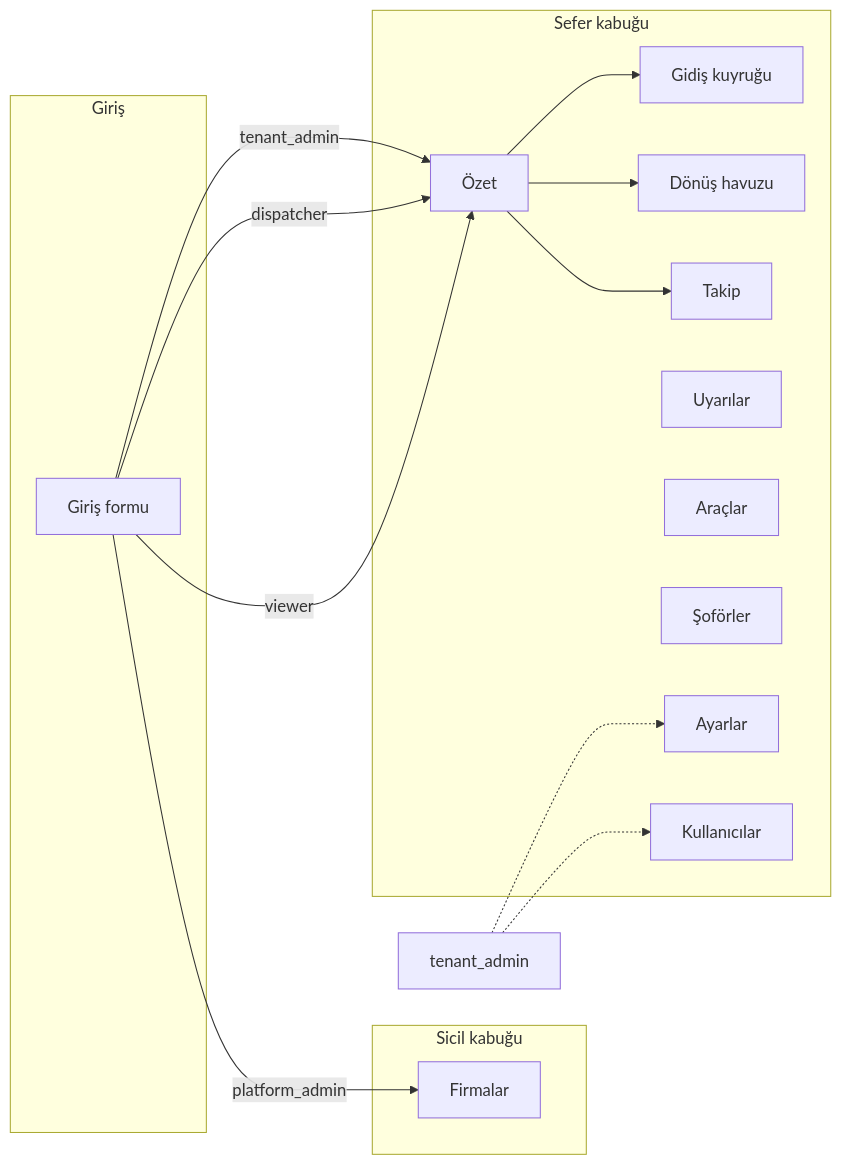
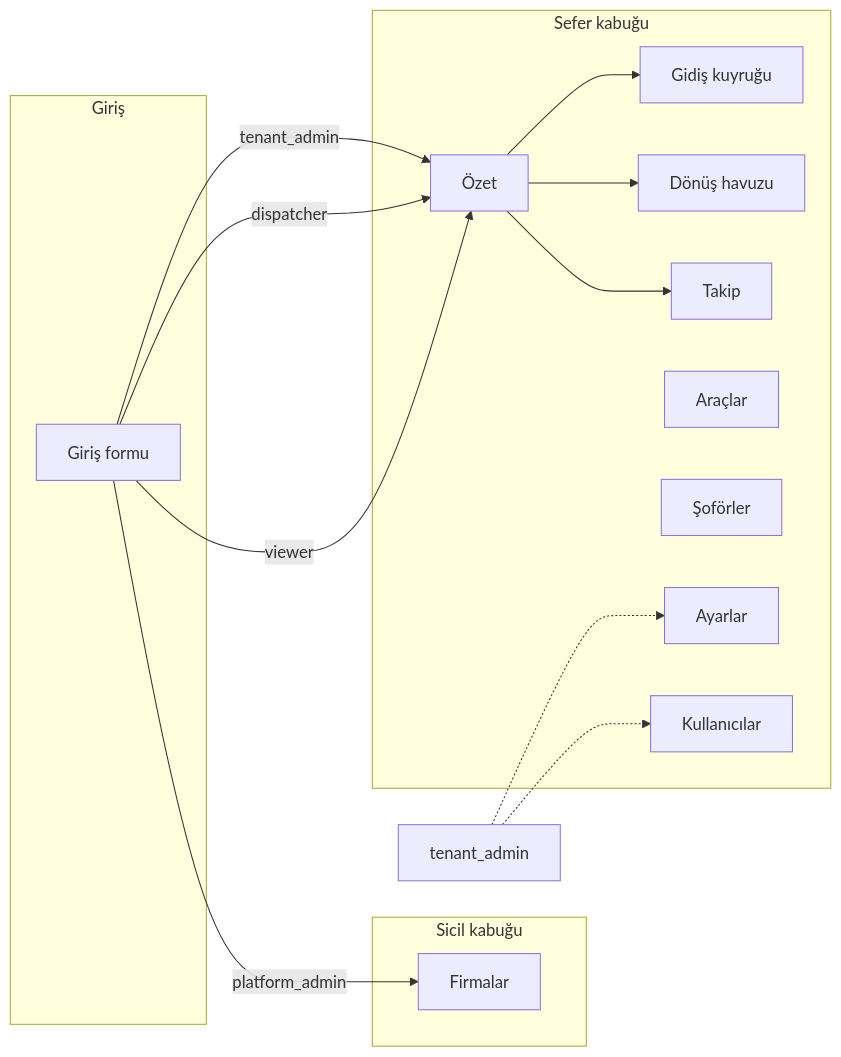
Before and after one commit to muslumcanozata/backhaul: the first of 15 diagrams in docs/workflow.md, drawn with Mermaid. The commit also changed other lines of this file and 13 other files, not shown here.

````diff
--- a/docs/workflow.md
+++ b/docs/workflow.md
@@ -19,29 +19,28 @@
 ```mermaid
 flowchart LR
   subgraph Auth["Giriş"]
     L[Giriş formu]
   end
   subgraph Platform["Sicil kabuğu"]
     F[Firmalar]
   end
   subgraph Firma["Sefer kabuğu"]
     O[Özet]
     G[Gidiş kuyruğu]
     D[Dönüş havuzu]
     T[Takip]
-    U[Uyarılar]
     A[Araçlar]
     S[Şoförler]
     Y[Ayarlar]
     K[Kullanıcılar]
   end
   L -->|platform_admin| F
   L -->|tenant_admin| O
   L -->|dispatcher| O
   L -->|viewer| O
   O --> G
   O --> D
   O --> T
   tenant_admin -.-> Y
   tenant_admin -.-> K
 ```
````
